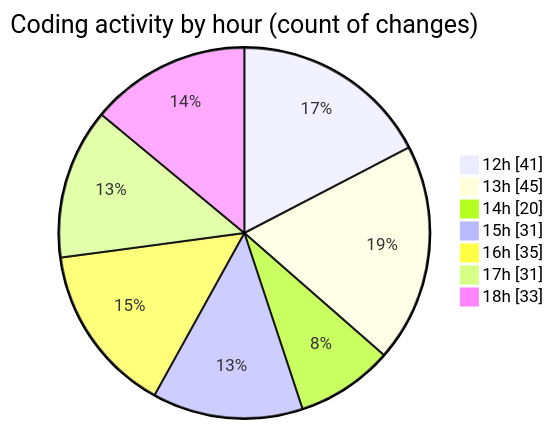
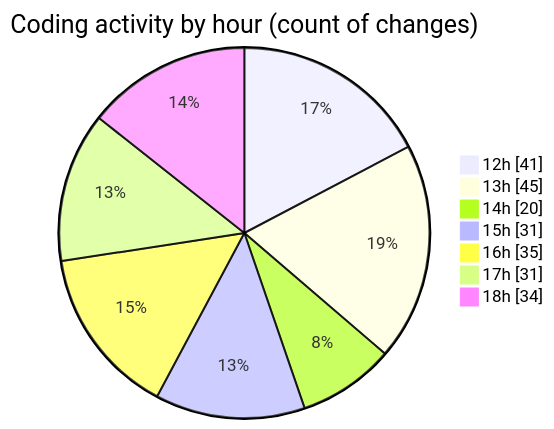
The second of 2 diagrams in 2025-12-02/cda/README.md (momahboobian/code-tracking), drawn with Mermaid before and after one commit. The commit also changed other lines of this file and 1 other file, not shown here.

````diff
--- a/2025-12-02/cda/README.md
+++ b/2025-12-02/cda/README.md
@@ -43,11 +44,11 @@
 ```mermaid
 pie showData
 title Coding activity by hour (count of changes)
 "12h" : 41
 "13h" : 45
 "14h" : 20
 "15h" : 31
 "16h" : 35
 "17h" : 31
-"18h" : 33
+"18h" : 34
 ```
````
